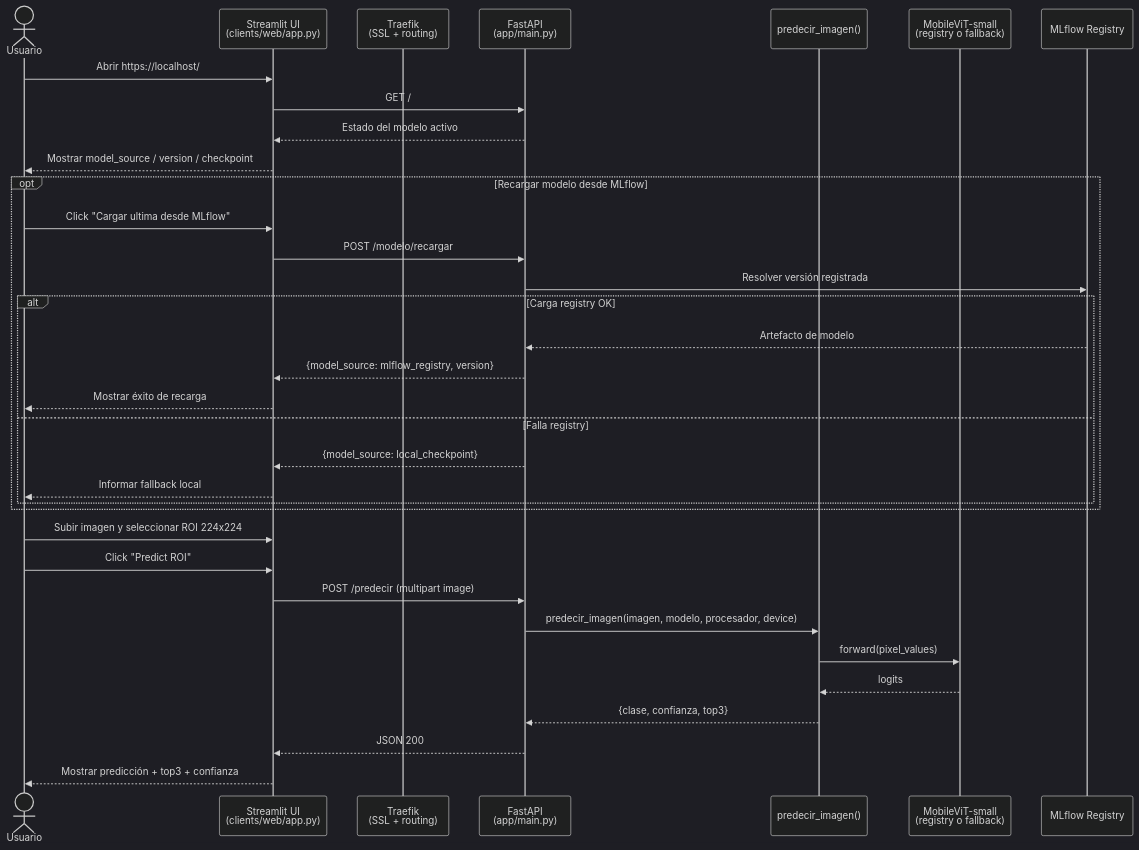
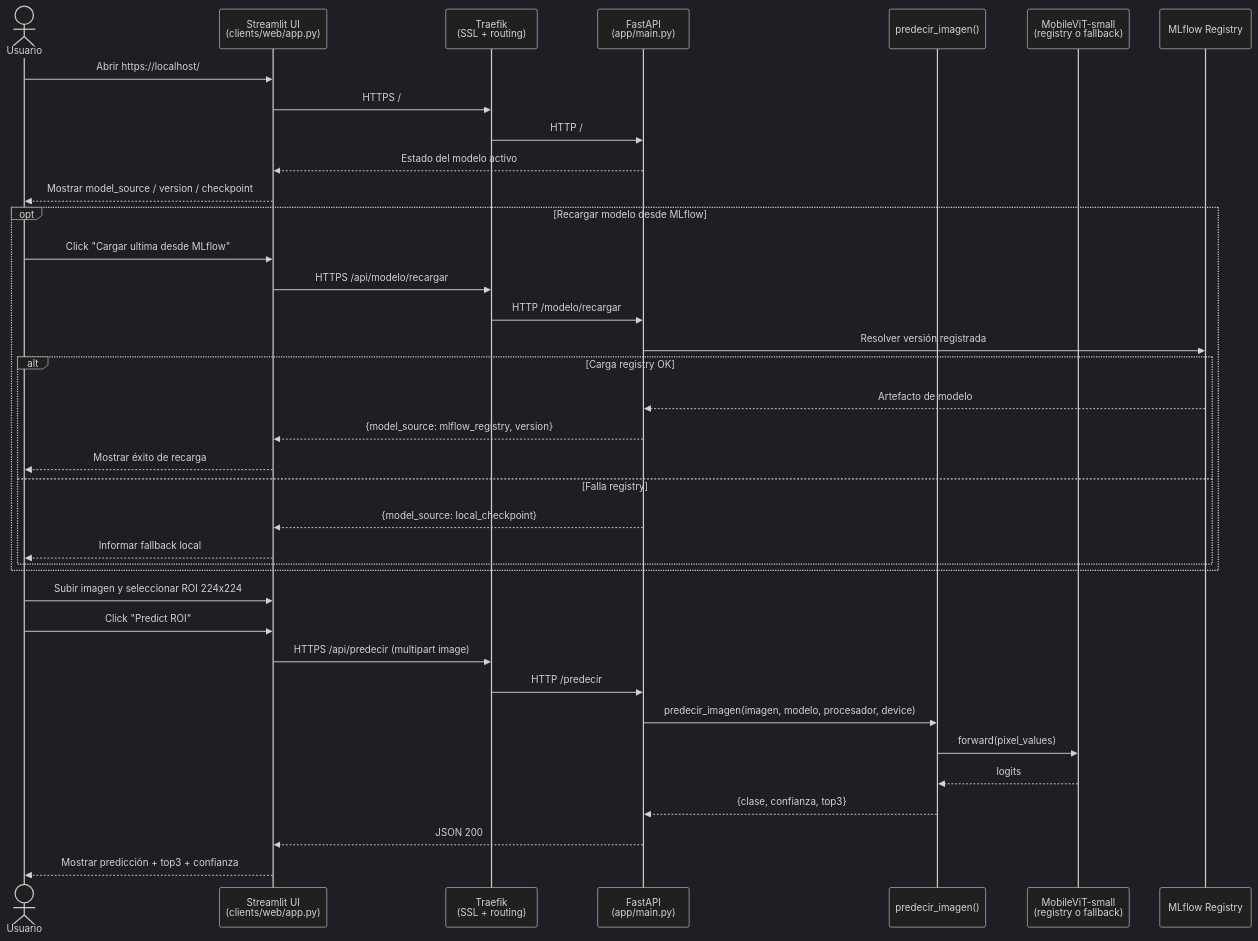
One commit to matiastripode/car-damage-vit changed the third of 3 diagrams in README.md. Above: the diagram before and after it, drawn with Mermaid (dark theme). The commit also changed other lines of this file, not shown here.

````diff
--- a/README.md
+++ b/README.md
@@ -124,39 +124,42 @@
 ```mermaid
 sequenceDiagram
     actor Usuario
     participant Web as Streamlit UI<br/>(clients/web/app.py)
     participant Traefik as Traefik<br/>(SSL + routing)
     participant API as FastAPI<br/>(app/main.py)
     participant INF as predecir_imagen()
     participant Modelo as MobileViT-small<br/>(registry o fallback)
     participant MLflow as MLflow Registry
 
     Usuario->>Web: Abrir https://localhost/
-    Web->>API: GET /
+    Web->>Traefik: HTTPS /
+    Traefik->>API: HTTP /
     API-->>Web: Estado del modelo activo
     Web-->>Usuario: Mostrar model_source / version / checkpoint
 
     opt Recargar modelo desde MLflow
         Usuario->>Web: Click "Cargar ultima desde MLflow"
-        Web->>API: POST /modelo/recargar
+        Web->>Traefik: HTTPS /api/modelo/recargar
+        Traefik->>API: HTTP /modelo/recargar
         API->>MLflow: Resolver versión registrada
         alt Carga registry OK
             MLflow-->>API: Artefacto de modelo
             API-->>Web: {model_source: mlflow_registry, version}
             Web-->>Usuario: Mostrar éxito de recarga
         else Falla registry
             API-->>Web: {model_source: local_checkpoint}
             Web-->>Usuario: Informar fallback local
         end
     end
 
     Usuario->>Web: Subir imagen y seleccionar ROI 224x224
     Usuario->>Web: Click "Predict ROI"
-    Web->>API: POST /predecir (multipart image)
+    Web->>Traefik: HTTPS /api/predecir (multipart image)
+    Traefik->>API: HTTP /predecir
     API->>INF: predecir_imagen(imagen, modelo, procesador, device)
     INF->>Modelo: forward(pixel_values)
     Modelo-->>INF: logits
     INF-->>API: {clase, confianza, top3}
     API-->>Web: JSON 200
     Web-->>Usuario: Mostrar predicción + top3 + confianza
 ```
````
